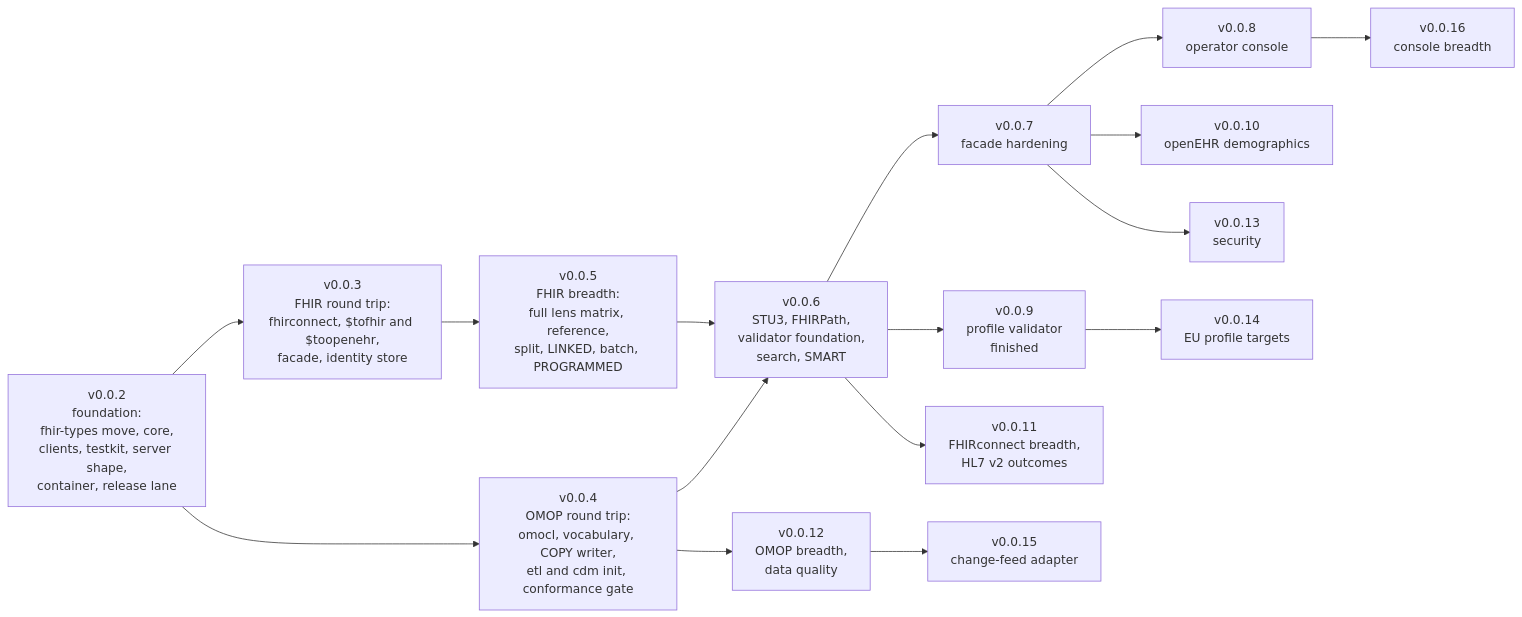
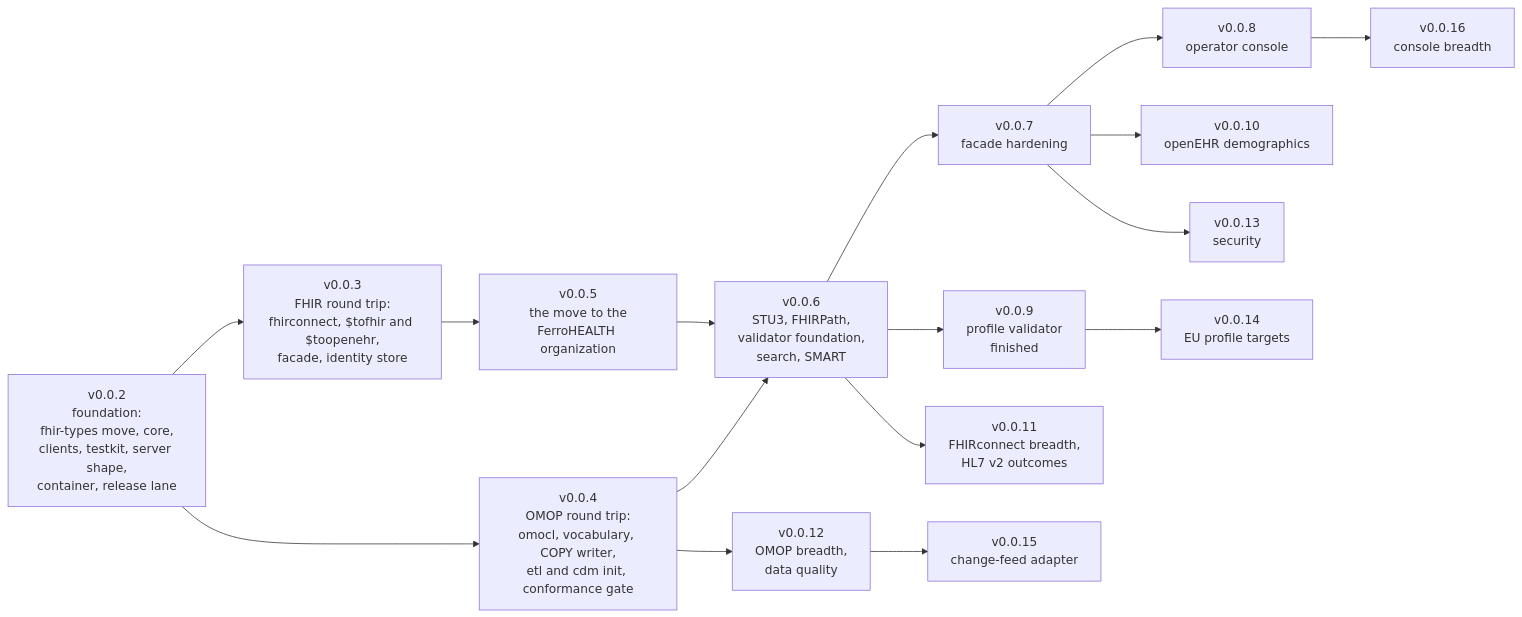
The tenth of 10 diagrams in docs/architecture.md (FerroHEALTH/FerroBRIDGE), drawn with Mermaid before and after one commit. The commit also changed other lines of this file and 2 other files, not shown here.

````diff
--- a/docs/architecture.md
+++ b/docs/architecture.md
@@ -2221,18 +2221,18 @@
 ```mermaid
 flowchart LR
     A["v0.0.2<br/>foundation:<br/>fhir-types move, core,<br/>clients, testkit, server shape,<br/>container, release lane"] --> B["v0.0.3<br/>FHIR round trip:<br/>fhirconnect, $tofhir and $toopenehr,<br/>facade, identity store"]
     A --> C["v0.0.4<br/>OMOP round trip:<br/>omocl, vocabulary, COPY writer,<br/>etl and cdm init, conformance gate"]
-    B --> D["v0.0.5<br/>FHIR breadth:<br/>full lens matrix, reference,<br/>split, LINKED, batch, PROGRAMMED"]
+    B --> D["v0.0.5<br/>the move to the<br/>FerroHEALTH organization"]
     C --> E["v0.0.6<br/>STU3, FHIRPath,<br/>validator foundation,<br/>search, SMART"]
     D --> E
     E --> F["v0.0.7<br/>facade hardening"]
     F --> N["v0.0.8<br/>operator console"]
     E --> G["v0.0.9<br/>profile validator<br/>finished"]
     F --> H["v0.0.10<br/>openEHR demographics"]
     E --> I["v0.0.11<br/>FHIRconnect breadth,<br/>HL7 v2 outcomes"]
     C --> J["v0.0.12<br/>OMOP breadth,<br/>data quality"]
     F --> K["v0.0.13<br/>security"]
     G --> L["v0.0.14<br/>EU profile targets"]
     J --> M["v0.0.15<br/>change-feed adapter"]
     N --> O["v0.0.16<br/>console breadth"]
 ```
````
